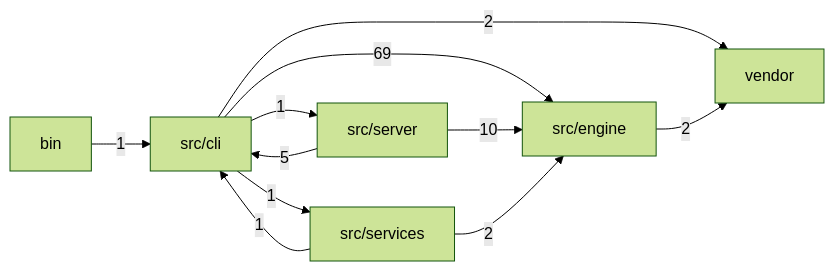
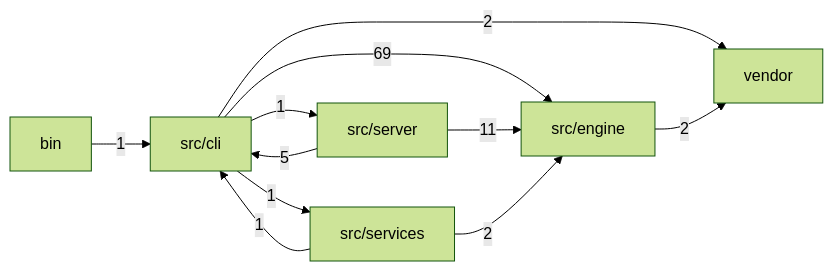
One commit to mgillr/memev changed the first of 2 diagrams in docs/MODULES.md. Above: the diagram before and after it, drawn with Mermaid (forest theme). The commit also changed other lines of this file and 5 other files, not shown here.

````diff
--- a/docs/MODULES.md
+++ b/docs/MODULES.md
@@ -11,19 +11,19 @@
 ```mermaid
 flowchart LR
   bin["bin"]
   cli["src/cli"]
   engine["src/engine"]
   server["src/server"]
   services["src/services"]
   vendor["vendor"]
   bin -->|"1"| cli
   cli -->|"69"| engine
   cli -->|"1"| server
   cli -->|"1"| services
   cli -->|"2"| vendor
   engine -->|"2"| vendor
   server -->|"5"| cli
-  server -->|"10"| engine
+  server -->|"11"| engine
   services -->|"1"| cli
   services -->|"2"| engine
 ```
````
